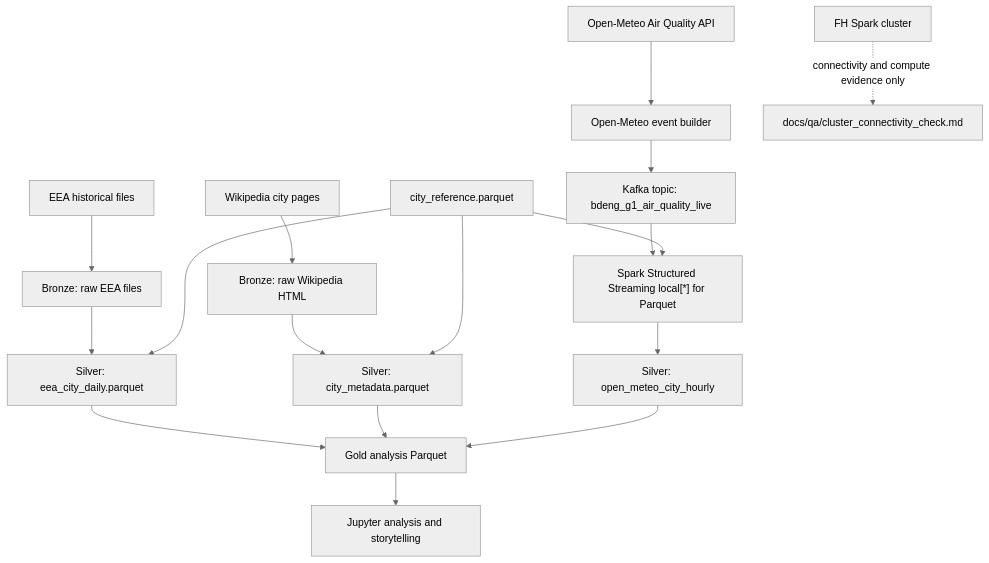
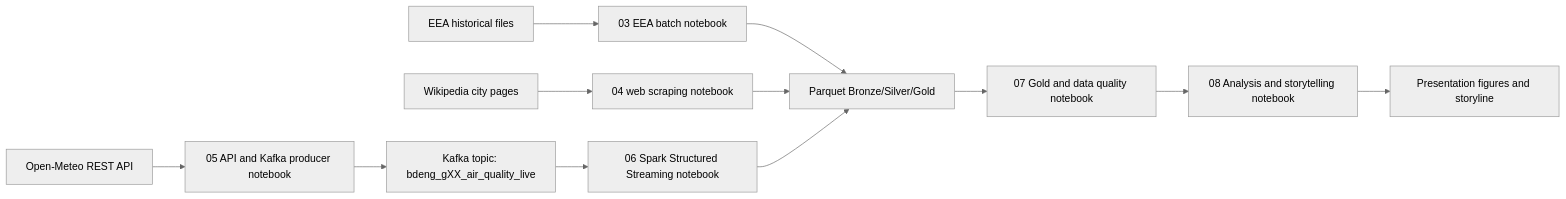
Before and after one commit to OnlyMajorG/euro-air-quality-pipeline: the diagram in docs/diagrams/architecture.mmd, drawn with Mermaid (neutral theme). The commit also changed 192 other files, not shown here.

Commit message:
Notebook Only Refactoring

```diff
--- a/docs/diagrams/architecture.mmd
+++ b/docs/diagrams/architecture.mmd
@@ -1,22 +1,12 @@
-flowchart TD
-    EEA["EEA historical files"] --> EEA_Bronze["Bronze: raw EEA files"]
-    EEA_Bronze --> EEA_Silver["Silver: eea_city_daily.parquet"]
-
-    Wiki["Wikipedia city pages"] --> Wiki_Bronze["Bronze: raw Wikipedia HTML"]
-    Wiki_Bronze --> Wiki_Silver["Silver: city_metadata.parquet"]
-
-    OpenMeteo["Open-Meteo Air Quality API"] --> Producer["Open-Meteo event builder"]
-    Producer --> Kafka["Kafka topic: bdeng_g1_air_quality_live"]
-    Kafka --> Spark["Spark Structured Streaming local[*] for Parquet"]
-    Spark --> Stream_Silver["Silver: open_meteo_city_hourly"]
-
-    CityRef["city_reference.parquet"] --> EEA_Silver
-    CityRef --> Wiki_Silver
-    CityRef --> Spark
-
-    EEA_Silver --> Gold["Gold analysis Parquet"]
-    Wiki_Silver --> Gold
-    Stream_Silver --> Gold
-    Gold --> Notebook["Jupyter analysis and storytelling"]
-
-    Cluster["FH Spark cluster"] -. "connectivity and compute evidence only" .-> SparkEvidence["docs/qa/cluster_connectivity_check.md"]
+flowchart LR
+    EEA["EEA historical files"] --> N03["03 EEA batch notebook"]
+    WIKI["Wikipedia city pages"] --> N04["04 web scraping notebook"]
+    API["Open-Meteo REST API"] --> N05["05 API and Kafka producer notebook"]
+    N05 --> KAFKA["Kafka topic: bdeng_gXX_air_quality_live"]
+    KAFKA --> N06["06 Spark Structured Streaming notebook"]
+    N03 --> PARQUET["Parquet Bronze/Silver/Gold"]
+    N04 --> PARQUET
+    N06 --> PARQUET
+    PARQUET --> N07["07 Gold and data quality notebook"]
+    N07 --> N08["08 Analysis and storytelling notebook"]
+    N08 --> PRES["Presentation figures and storyline"]
```
